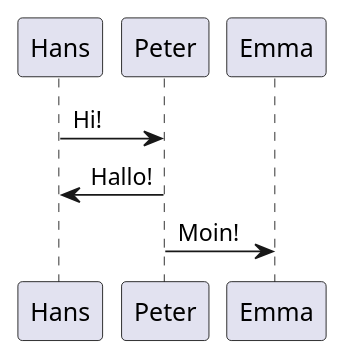
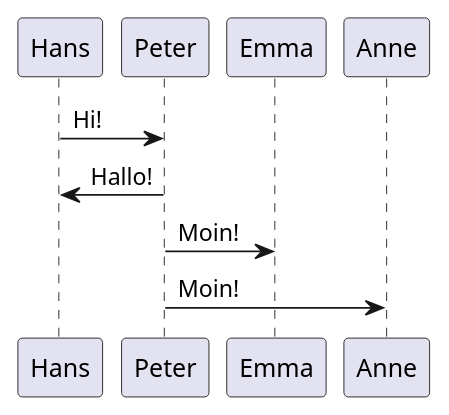
Before and after one commit to useblocks/useblocks.github.io: the third of 4 diagrams in posts/daniel/plantuml_init.rst, drawn with PlantUML. The commit also changed other lines of this file and 13 other files, not shown here.

```diff
--- a/posts/daniel/plantuml_init.rst
+++ b/posts/daniel/plantuml_init.rst
@@ -121,5 +149,6 @@
 .. uml::
 
     Hans -> Peter: Hi!
     Peter -> Hans: Hallo!
     Peter -> Emma: Moin!
+    Peter -> Anne: Moin!
```
